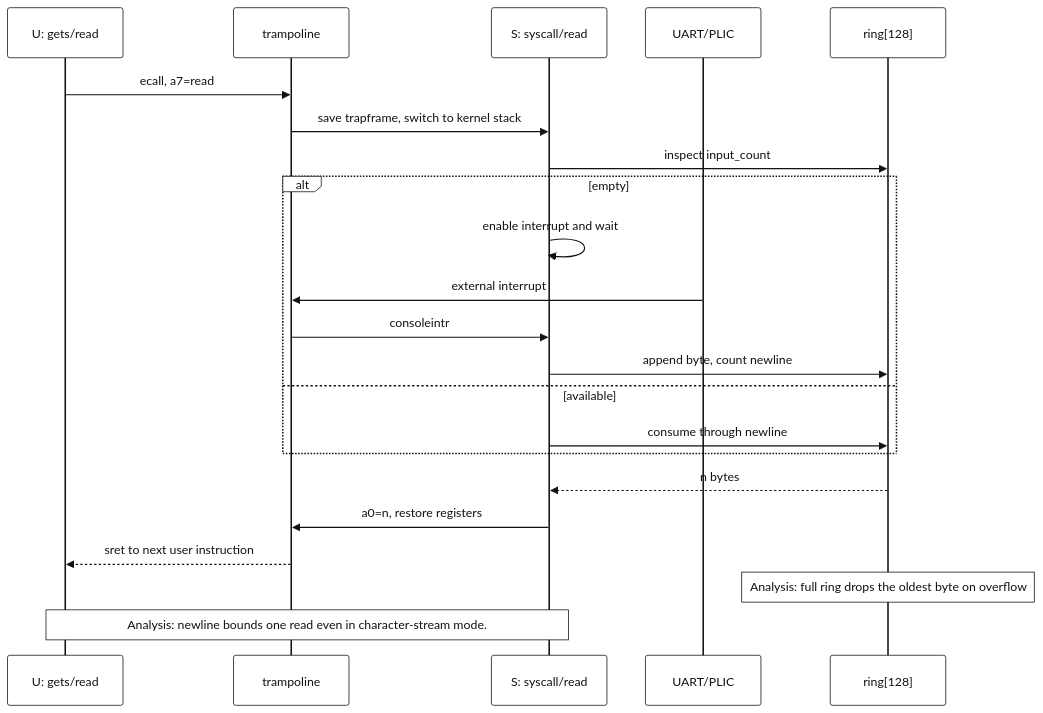
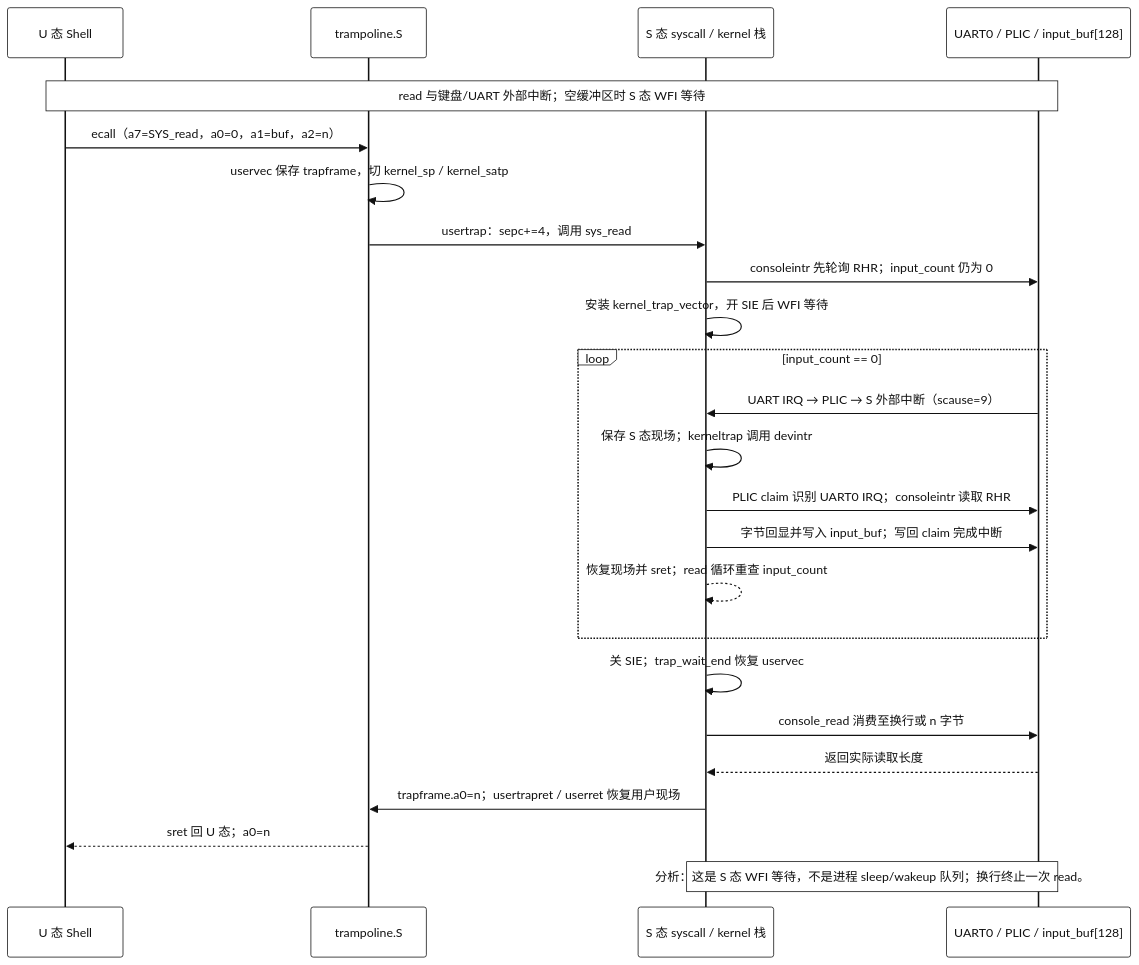
The diagram in doc/lab2/images/lab2-console-sequence.mmd (hoyuand/2024302111427), drawn with Mermaid before and after one commit. The commit also changed 47 other files, not shown here.

```diff
--- a/doc/lab2/images/lab2-console-sequence.mmd
+++ b/doc/lab2/images/lab2-console-sequence.mmd
@@ -1,23 +1,29 @@
-%%{init: {"theme":"base","themeVariables":{"primaryColor":"#ffffff","primaryTextColor":"#111111","primaryBorderColor":"#111111","lineColor":"#111111","actorBkg":"#ffffff","actorBorder":"#111111","actorTextColor":"#111111","signalColor":"#111111","signalTextColor":"#111111","noteBkgColor":"#ffffff","noteBorderColor":"#111111","noteTextColor":"#111111"}}}%%
+%%{init: {"theme":"base","themeVariables":{"primaryColor":"#ffffff","primaryTextColor":"#111111","primaryBorderColor":"#111111","lineColor":"#111111","secondaryColor":"#ffffff","tertiaryColor":"#ffffff","actorBkg":"#ffffff","actorBorder":"#111111","actorTextColor":"#111111","signalColor":"#111111","signalTextColor":"#111111","noteBkgColor":"#ffffff","noteBorderColor":"#111111","noteTextColor":"#111111","fontSize":"18px"}}}%%
 sequenceDiagram
-    participant U as U: gets/read
-    participant T as trampoline
-    participant S as S: syscall/read
-    participant C as UART/PLIC
-    participant B as ring[128]
-    U->>T: ecall, a7=read
-    T->>S: save trapframe, switch to kernel stack
-    S->>B: inspect input_count
-    alt empty
-        S->>S: enable interrupt and wait
-        C->>T: external interrupt
-        T->>S: consoleintr
-        S->>B: append byte, count newline
-    else available
-        S->>B: consume through newline
+    participant U as U 态 Shell
+    participant T as trampoline.S
+    participant K as S 态 syscall / kernel 栈
+    participant D as UART0 / PLIC / input_buf[128]
+
+    rect rgb(255,255,255)
+        Note over U,D: read 与键盘/UART 外部中断；空缓冲区时 S 态 WFI 等待
+        U->>T: ecall（a7=SYS_read，a0=0，a1=buf，a2=n）
+        T->>T: uservec 保存 trapframe，切 kernel_sp / kernel_satp
+        T->>K: usertrap：sepc+=4，调用 sys_read
+        K->>D: consoleintr 先轮询 RHR；input_count 仍为 0
+        K->>K: 安装 kernel_trap_vector，开 SIE 后 WFI 等待
+        loop input_count == 0
+            D->>K: UART IRQ → PLIC → S 外部中断（scause=9）
+            K->>K: 保存 S 态现场；kerneltrap 调用 devintr
+            K->>D: PLIC claim 识别 UART0 IRQ；consoleintr 读取 RHR
+            K->>D: 字节回显并写入 input_buf；写回 claim 完成中断
+            K-->>K: 恢复现场并 sret；read 循环重查 input_count
+        end
+        K->>K: 关 SIE；trap_wait_end 恢复 uservec
+        K->>D: console_read 消费至换行或 n 字节
+        D-->>K: 返回实际读取长度
+        K->>T: trapframe.a0=n；usertrapret / userret 恢复用户现场
+        T-->>U: sret 回 U 态；a0=n
     end
-    B-->>S: n bytes
-    S->>T: a0=n, restore registers
-    T-->>U: sret to next user instruction
-    Note over B: Analysis: full ring drops the oldest byte on overflow;
-    Note over U,S: Analysis: newline bounds one read even in character-stream mode.
+
+    Note over K,D: 分析：这是 S 态 WFI 等待，不是进程 sleep/wakeup 队列；换行终止一次 read。
```
